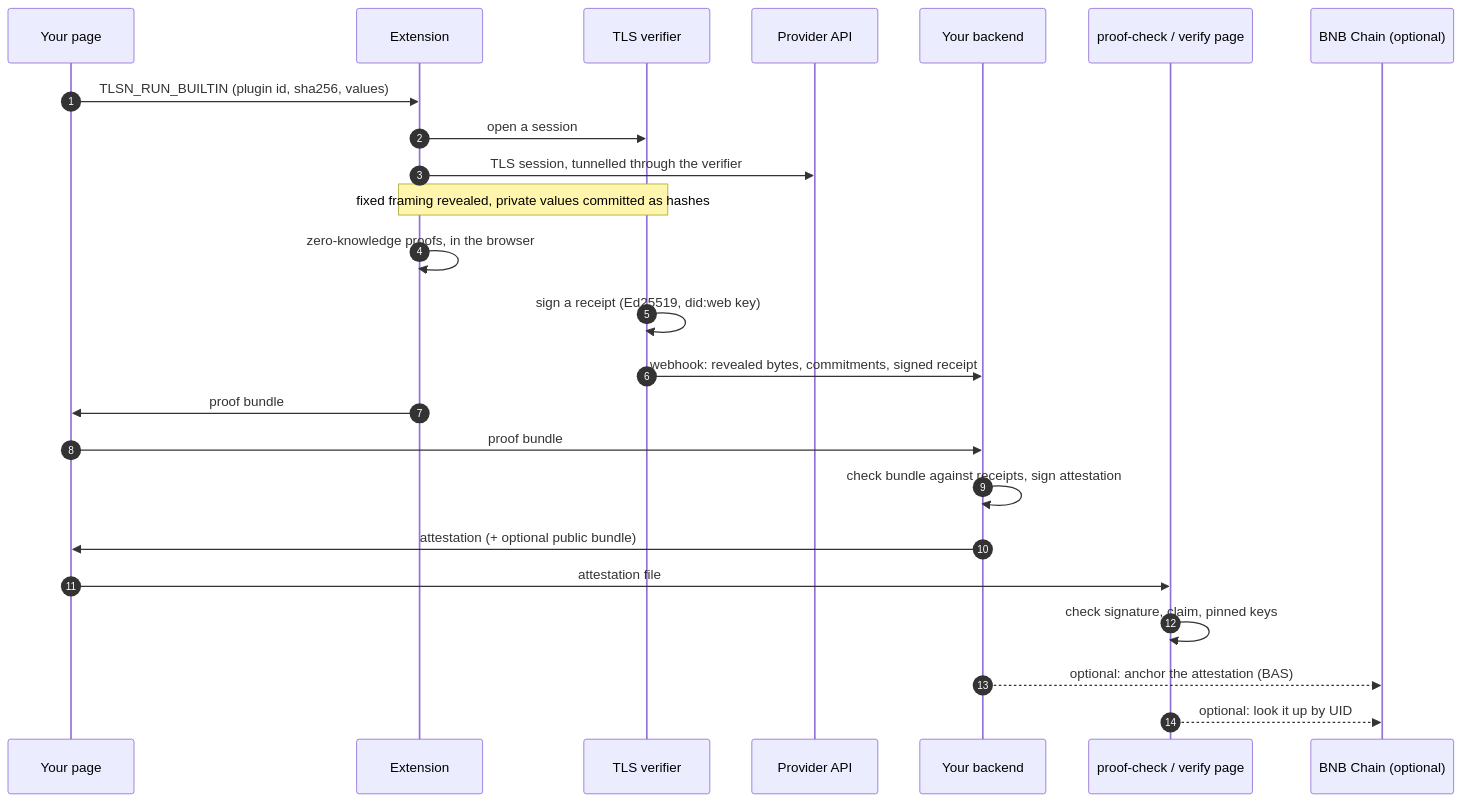
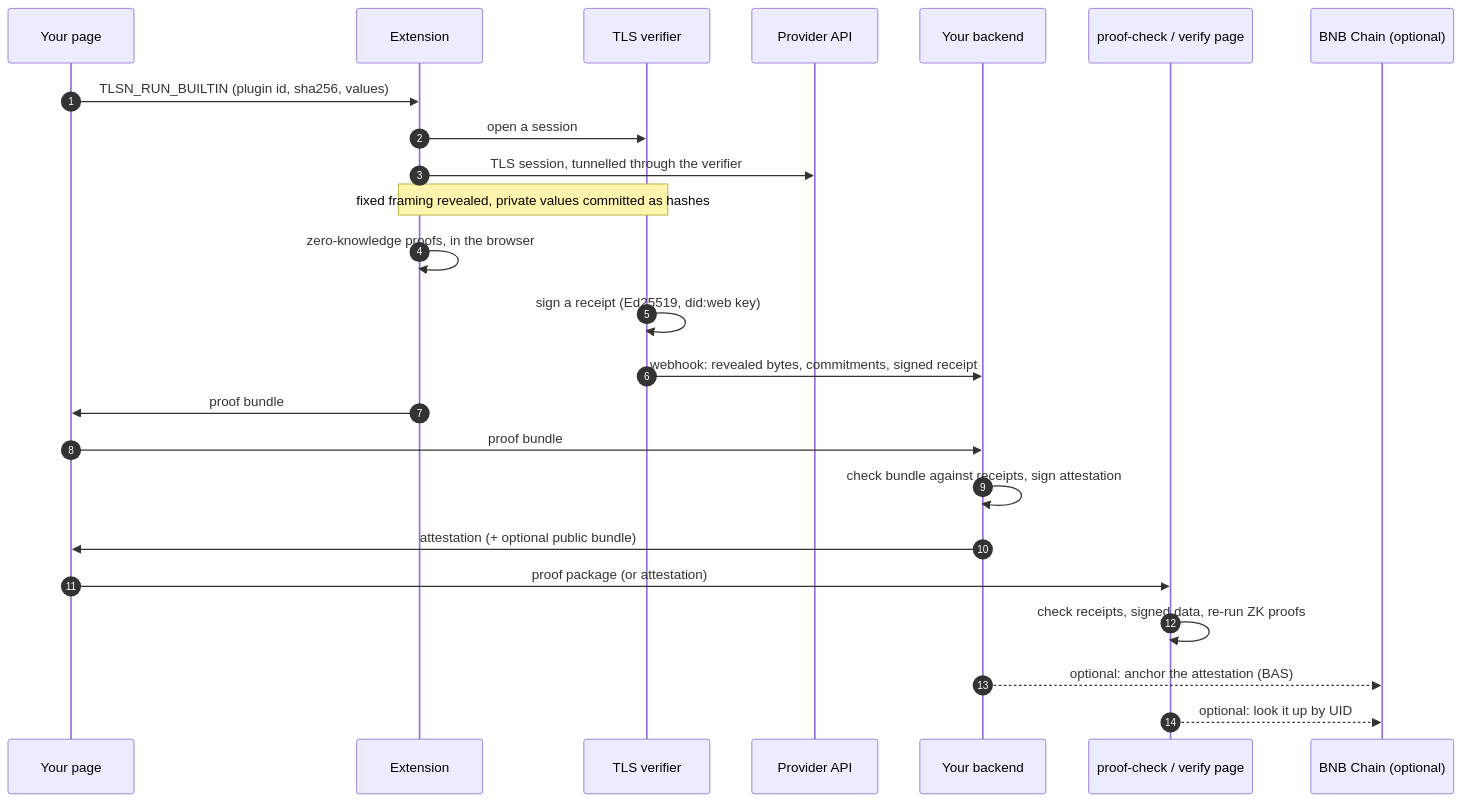
The second of 3 diagrams in README.md (arturo-clavero/16signals-verify), drawn with Mermaid before and after one commit. The commit also changed other lines of this file and 1 other file, not shown here.

Commit message:
docs: proof packages in the README

````diff
--- a/README.md
+++ b/README.md
@@ -192,26 +195,26 @@
 ```mermaid
 sequenceDiagram
   autonumber
   participant P as Your page
   participant E as Extension
   participant V as TLS verifier
   participant A as Provider API
   participant S as Your backend
   participant K as proof-check / verify page
   participant B as BNB Chain (optional)
   P->>E: TLSN_RUN_BUILTIN (plugin id, sha256, values)
   E->>V: open a session
   E->>A: TLS session, tunnelled through the verifier
   Note over E,V: fixed framing revealed, private values committed as hashes
   E->>E: zero-knowledge proofs, in the browser
   V->>V: sign a receipt (Ed25519, did:web key)
   V->>S: webhook: revealed bytes, commitments, signed receipt
   E->>P: proof bundle
   P->>S: proof bundle
   S->>S: check bundle against receipts, sign attestation
   S->>P: attestation (+ optional public bundle)
-  P->>K: attestation file
-  K->>K: check signature, claim, pinned keys
+  P->>K: proof package (or attestation)
+  K->>K: check receipts, signed data, re-run ZK proofs
   S-->>B: optional: anchor the attestation (BAS)
   K-->>B: optional: look it up by UID
 ```
````
